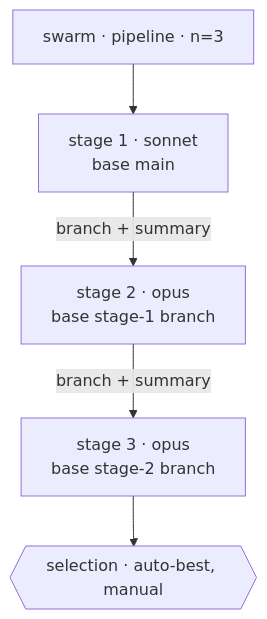
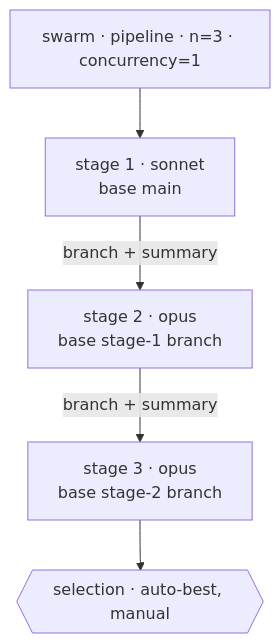
Before and after one commit to yliapis/dotfiles: the fourth of 4 diagrams in ai-coding/plugins/orchestration/skills/agent-swarm/SKILL.md, drawn with Mermaid. The commit also changed other lines of this file and 2 other files, not shown here.

First line of the commit message:
fix(agent-swarm): close topology gaps found by dry-running the contract

````diff
--- a/ai-coding/plugins/orchestration/skills/agent-swarm/SKILL.md
+++ b/ai-coding/plugins/orchestration/skills/agent-swarm/SKILL.md
@@ -233,7 +237,7 @@
 ```mermaid
 flowchart TD
-  S["swarm · pipeline · n=3"] --> T1["stage 1 · sonnet<br/>base main"]
+  S["swarm · pipeline · n=3 · concurrency=1"] --> T1["stage 1 · sonnet<br/>base main"]
   T1 -->|"branch + summary"| T2["stage 2 · opus<br/>base stage-1 branch"]
   T2 -->|"branch + summary"| T3["stage 3 · opus<br/>base stage-2 branch"]
   T3 --> SEL{{"selection · auto-best, manual"}}
 ```
````
